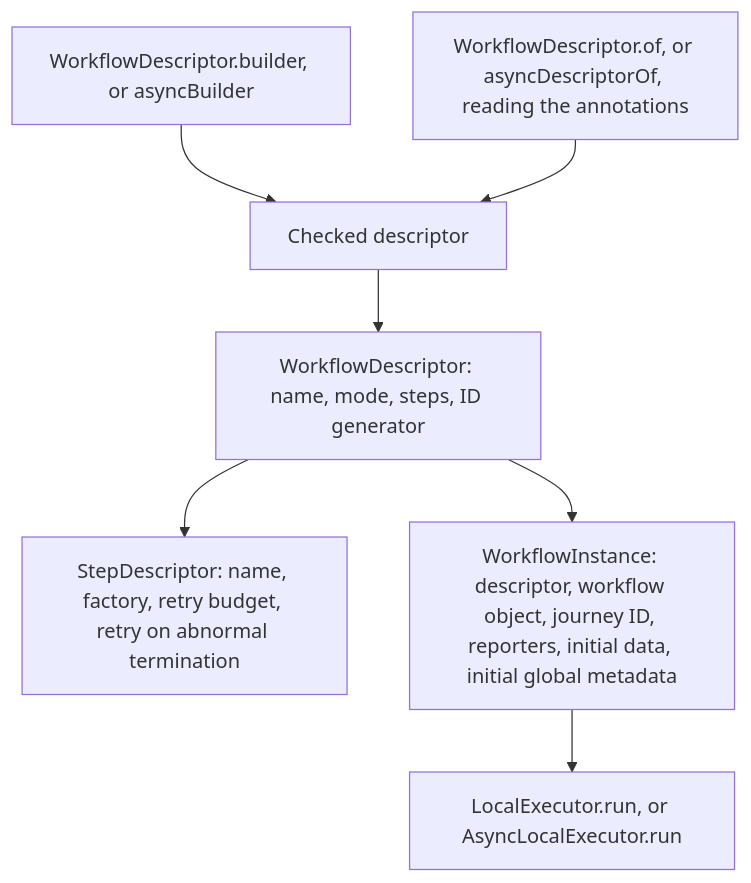
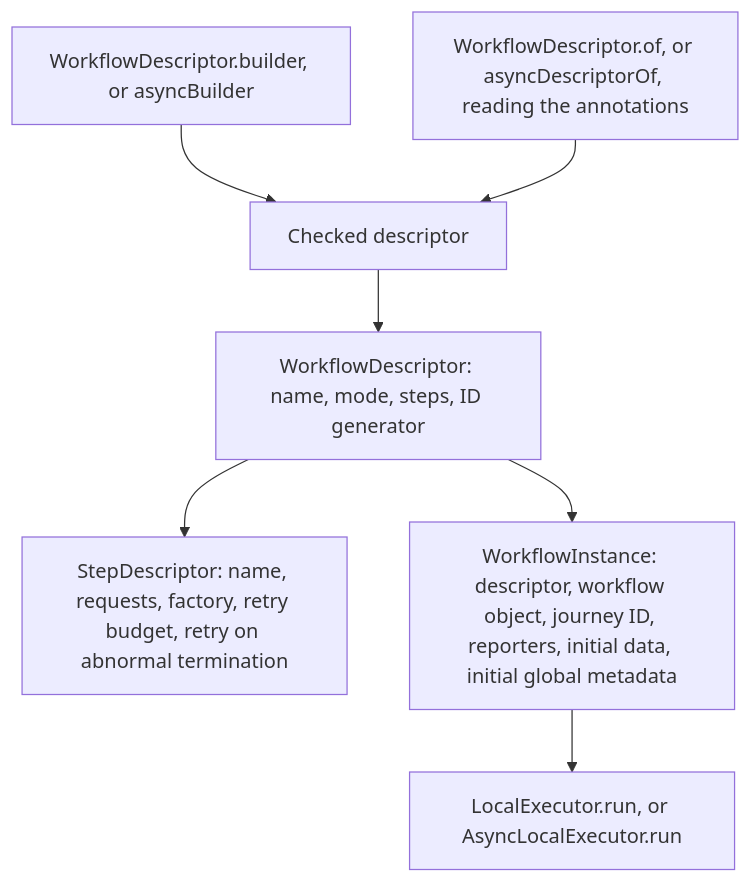
Before and after one commit to itinera-dev/itinera-j: the second of 4 diagrams in docs/architecture.md, drawn with Mermaid. The commit also changed other lines of this file and 96 other files, not shown here.

````diff
--- a/docs/architecture.md
+++ b/docs/architecture.md
@@ -45,11 +46,11 @@
 ```mermaid
 flowchart TD
     accTitle: What a workflow descriptor and an instance hold
-    accDescr: A workflow descriptor holds its name, its mode, its step descriptors in order and its journey ID generator. A step descriptor holds the step's name, its factory, its retry budget and whether it retries an abnormal termination. The builder of each mode, and the annotation reader of each mode through the same checks, make a checked descriptor. An instance holds the descriptor beside the workflow object, its journey ID, its reporters, its initial data and its initial global metadata. The executor of the instance's mode, LocalExecutor or AsyncLocalExecutor, runs it.
+    accDescr: A workflow descriptor holds its name, its mode, its step descriptors in order and its journey ID generator. A step descriptor holds the step's name, its requests in order, its factory, its retry budget and whether it retries an abnormal termination. Its factory reads each request's answer from the Got it is given. The builder of each mode, and the annotation reader of each mode through the same checks, make a checked descriptor. An instance holds the descriptor beside the workflow object, its journey ID, its reporters, its initial data and its initial global metadata. The executor of the instance's mode, LocalExecutor or AsyncLocalExecutor, runs it.
     builder["WorkflowDescriptor.builder, or asyncBuilder"] --> checked["Checked descriptor"]
     annotated["WorkflowDescriptor.of, or asyncDescriptorOf, reading the annotations"] --> checked
     checked --> descriptor["WorkflowDescriptor: name, mode, steps, ID generator"]
-    descriptor --> step["StepDescriptor: name, factory, retry budget, retry on abnormal termination"]
+    descriptor --> step["StepDescriptor: name, requests, factory, retry budget, retry on abnormal termination"]
     descriptor --> instance["WorkflowInstance: descriptor, workflow object, journey ID, reporters, initial data, initial global metadata"]
     instance --> executor["LocalExecutor.run, or AsyncLocalExecutor.run"]
 ```
````
